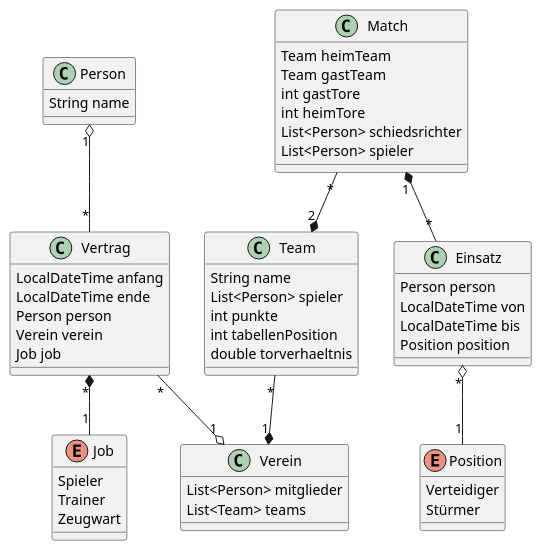
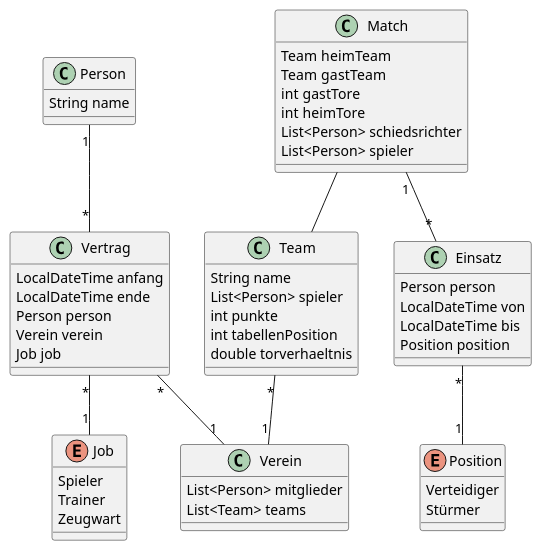
Before and after one commit to sknogler/itp-nost: the diagram in knogler/asciidocs/cld.puml, drawn with PlantUML. The commit also changed 2 other files, not shown here.

```diff
--- a/knogler/asciidocs/cld.puml
+++ b/knogler/asciidocs/cld.puml
@@ -1,68 +1,68 @@
 @startuml
 class Person{
 String name
 }
 
 class Verein{
 List<Person> mitglieder
 List<Team> teams
 }
 
 class Vertrag {
 LocalDateTime anfang
 LocalDateTime ende
 Person person
 Verein verein
 Job job
 }
 
 enum Job{
 Spieler
 Trainer
 Zeugwart
 }
 
 class Team{
 String name
 List<Person> spieler
 int punkte
 int tabellenPosition
 double torverhaeltnis
 }
 
 class Match{
 Team heimTeam
 Team gastTeam
 int gastTore
 int heimTore
 List<Person> schiedsrichter
 List<Person> spieler
 }
 
 class Einsatz{
 Person person
 LocalDateTime von
 LocalDateTime bis
 Position position
 }
 
 enum Position{
 Verteidiger
 Stürmer
 }
 
-Match "*" --* "2" Team
+Match -- Team
 
-Match "1" *-- "*"Einsatz
+Match "1" -- "*"Einsatz
 
-Einsatz "*" o-- "1" Position
+Einsatz "*" -- "1" Position
 
-Team "*" --* "1" Verein
+Team "*" -- "1" Verein
 
-Person "1" o-- "*" Vertrag
+Person "1" -- "*" Vertrag
 
-Vertrag "*" --o "1" Verein
+Vertrag "*" -- "1" Verein
 
-Vertrag "*" *-- "1" Job
+Vertrag "*" -- "1" Job
 
 @enduml
```
